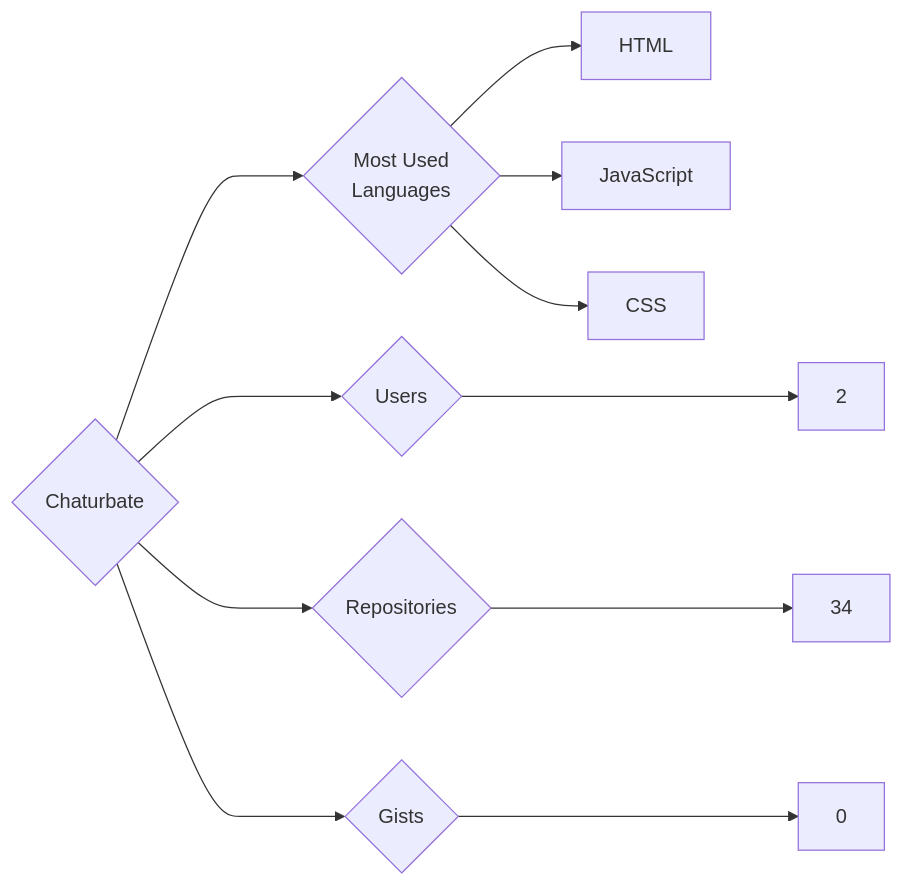
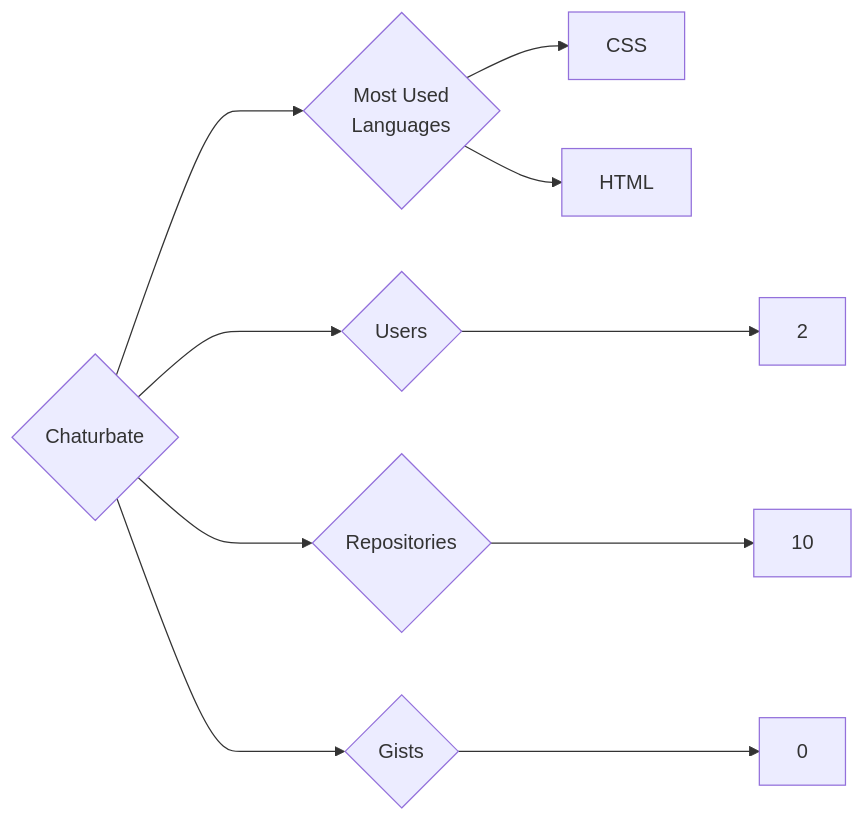
Before and after one commit to trickest/insiders: the diagram in targets/Chaturbate/README.md, drawn with Mermaid. The commit also changed 930 other files, not shown here.

````diff
--- a/targets/Chaturbate/README.md
+++ b/targets/Chaturbate/README.md
@@ -3,11 +3,10 @@
 ```mermaid
 graph LR
 COMPANY_NAME{Chaturbate}
 COMPANY_NAME ---> U{Users} ---> UN[2]
-COMPANY_NAME ---> R{Repositories} ---> RN[34]
+COMPANY_NAME ---> R{Repositories} ---> RN[10]
 COMPANY_NAME ---> G{Gists} ---> GN[0]
 COMPANY_NAME ---> ML{Most Used<br>Languages}
+ML --> CSS[CSS]
 ML --> HTML[HTML]
-ML --> JavaScript[JavaScript]
-ML --> CSS[CSS]
 ```
````
